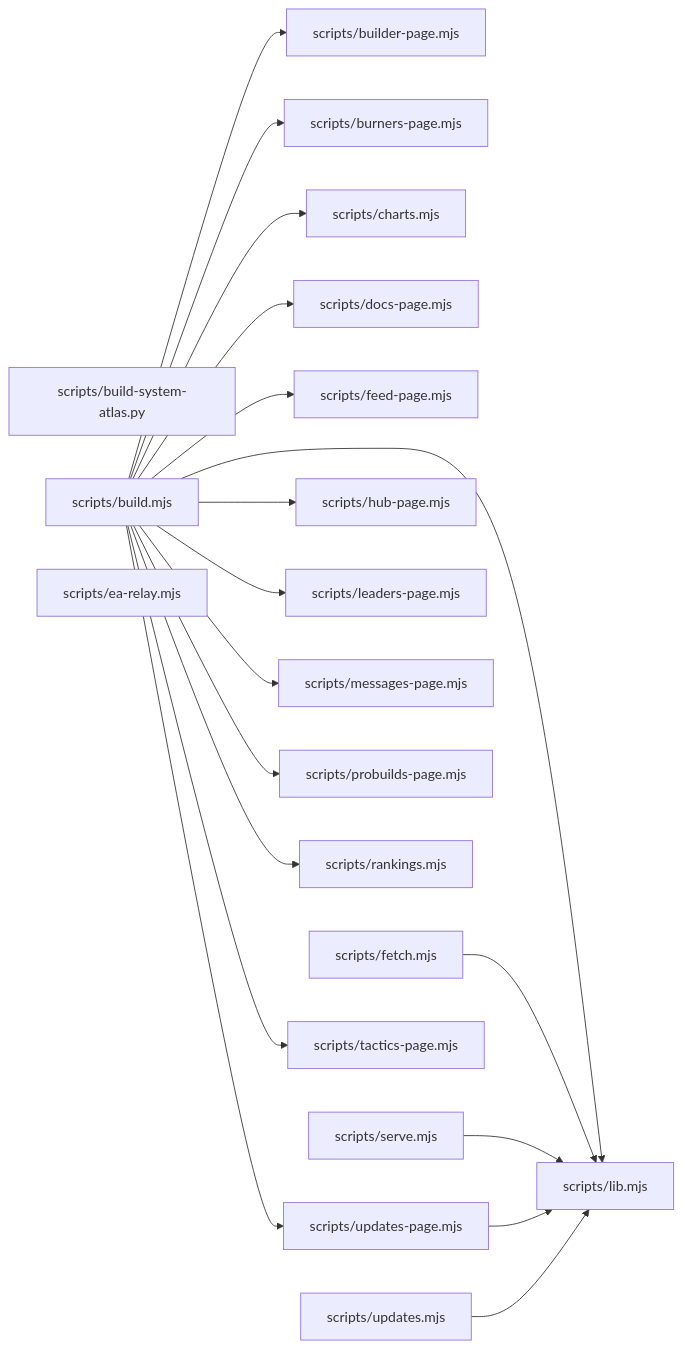
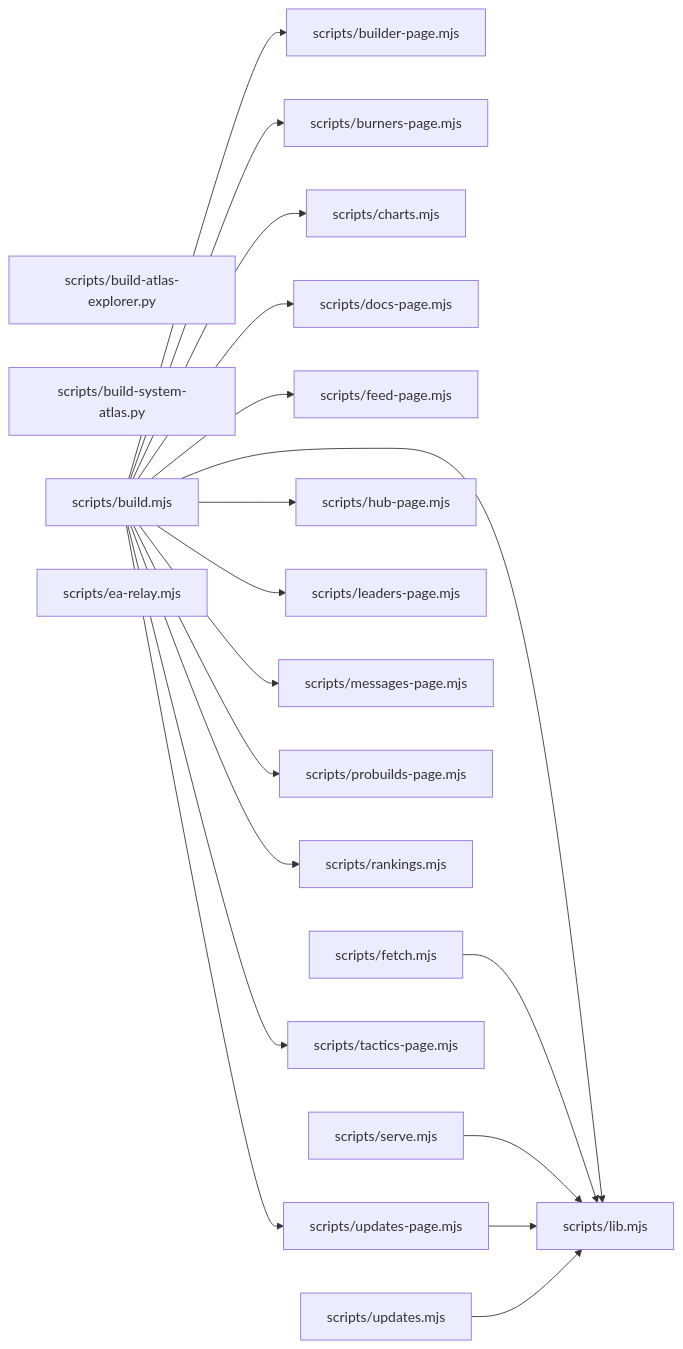
One commit to devroadtosucces15-boop/Norex-United-FC changed the diagram in PLANNING/system-atlas/layer-scripts.md. Above: the diagram before and after it, drawn with Mermaid. The commit also changed 8 other files, not shown here.

Commit message:
Add clickable source-linked NOREX system explorer

````diff
--- a/PLANNING/system-atlas/layer-scripts.md
+++ b/PLANNING/system-atlas/layer-scripts.md
@@ -5,39 +5,40 @@
 ```mermaid
 flowchart LR
-  n0["scripts/build-system-atlas.py"]
-  n1["scripts/build.mjs"]
-  n2["scripts/builder-page.mjs"]
-  n3["scripts/burners-page.mjs"]
-  n4["scripts/charts.mjs"]
-  n5["scripts/docs-page.mjs"]
-  n6["scripts/ea-relay.mjs"]
-  n7["scripts/feed-page.mjs"]
-  n8["scripts/fetch.mjs"]
-  n9["scripts/hub-page.mjs"]
-  n10["scripts/leaders-page.mjs"]
-  n11["scripts/lib.mjs"]
-  n12["scripts/messages-page.mjs"]
-  n13["scripts/probuilds-page.mjs"]
-  n14["scripts/rankings.mjs"]
-  n15["scripts/serve.mjs"]
-  n16["scripts/tactics-page.mjs"]
-  n17["scripts/updates-page.mjs"]
-  n18["scripts/updates.mjs"]
-  n1 --> n2
-  n1 --> n3
-  n1 --> n4
-  n1 --> n5
-  n1 --> n7
-  n1 --> n9
-  n1 --> n10
-  n1 --> n11
-  n1 --> n12
-  n1 --> n13
-  n1 --> n14
-  n1 --> n16
-  n1 --> n17
-  n8 --> n11
-  n15 --> n11
-  n17 --> n11
-  n18 --> n11
+  n0["scripts/build-atlas-explorer.py"]
+  n1["scripts/build-system-atlas.py"]
+  n2["scripts/build.mjs"]
+  n3["scripts/builder-page.mjs"]
+  n4["scripts/burners-page.mjs"]
+  n5["scripts/charts.mjs"]
+  n6["scripts/docs-page.mjs"]
+  n7["scripts/ea-relay.mjs"]
+  n8["scripts/feed-page.mjs"]
+  n9["scripts/fetch.mjs"]
+  n10["scripts/hub-page.mjs"]
+  n11["scripts/leaders-page.mjs"]
+  n12["scripts/lib.mjs"]
+  n13["scripts/messages-page.mjs"]
+  n14["scripts/probuilds-page.mjs"]
+  n15["scripts/rankings.mjs"]
+  n16["scripts/serve.mjs"]
+  n17["scripts/tactics-page.mjs"]
+  n18["scripts/updates-page.mjs"]
+  n19["scripts/updates.mjs"]
+  n2 --> n3
+  n2 --> n4
+  n2 --> n5
+  n2 --> n6
+  n2 --> n8
+  n2 --> n10
+  n2 --> n11
+  n2 --> n12
+  n2 --> n13
+  n2 --> n14
+  n2 --> n15
+  n2 --> n17
+  n2 --> n18
+  n9 --> n12
+  n16 --> n12
+  n18 --> n12
+  n19 --> n12
 ```
````
